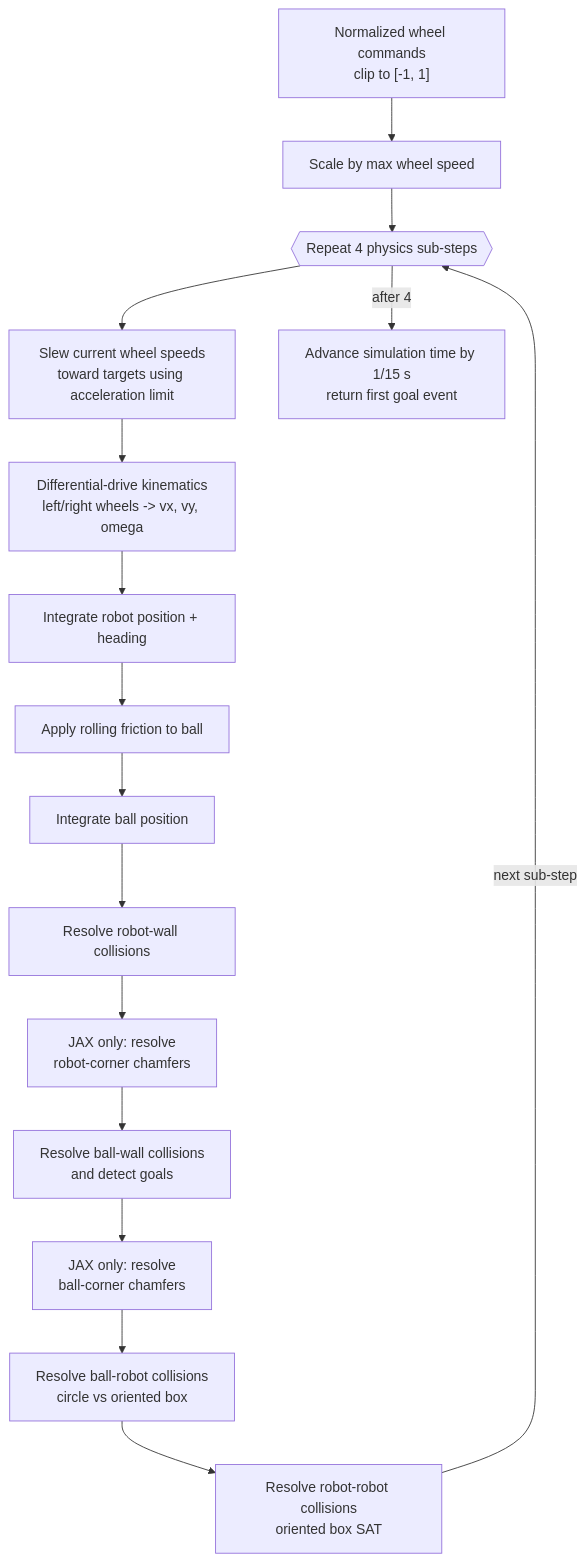
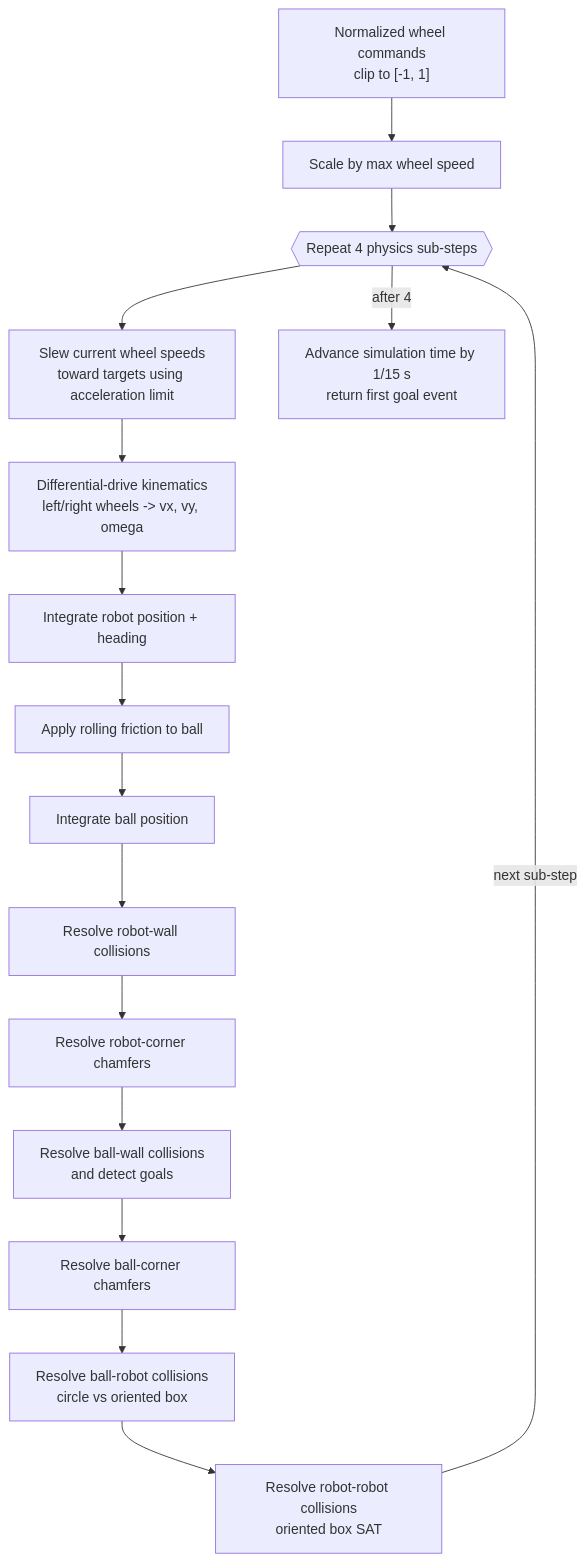
Before and after one commit to canhotuctor/vsss-sim: the eighth of 10 diagrams in STRUCTURE.md, drawn with Mermaid. The commit also changed other lines of this file and 21 other files, not shown here.

````diff
--- a/STRUCTURE.md
+++ b/STRUCTURE.md
@@ -272,24 +266,24 @@
 ```mermaid
 flowchart TD
     command["Normalized wheel commands<br/>clip to [-1, 1]"]
     target["Scale by max wheel speed"]
     repeat{{"Repeat 4 physics sub-steps"}}
     slew["Slew current wheel speeds<br/>toward targets using acceleration limit"]
     drive["Differential-drive kinematics<br/>left/right wheels -> vx, vy, omega"]
     integrateRobots["Integrate robot position + heading"]
     friction["Apply rolling friction to ball"]
     integrateBall["Integrate ball position"]
     walls["Resolve robot-wall collisions"]
-    robotChamfers["JAX only: resolve<br/>robot-corner chamfers"]
+    robotChamfers["Resolve robot-corner chamfers"]
     ballwalls["Resolve ball-wall collisions<br/>and detect goals"]
-    ballChamfers["JAX only: resolve<br/>ball-corner chamfers"]
+    ballChamfers["Resolve ball-corner chamfers"]
     ballrobots["Resolve ball-robot collisions<br/>circle vs oriented box"]
     robotrobots["Resolve robot-robot collisions<br/>oriented box SAT"]
     done["Advance simulation time by 1/15 s<br/>return first goal event"]
 
     command --> target --> repeat
     repeat --> slew --> drive --> integrateRobots --> friction --> integrateBall
     integrateBall --> walls --> robotChamfers --> ballwalls --> ballChamfers --> ballrobots --> robotrobots
     robotrobots -->|"next sub-step"| repeat
     repeat -->|"after 4"| done
 ```
````
